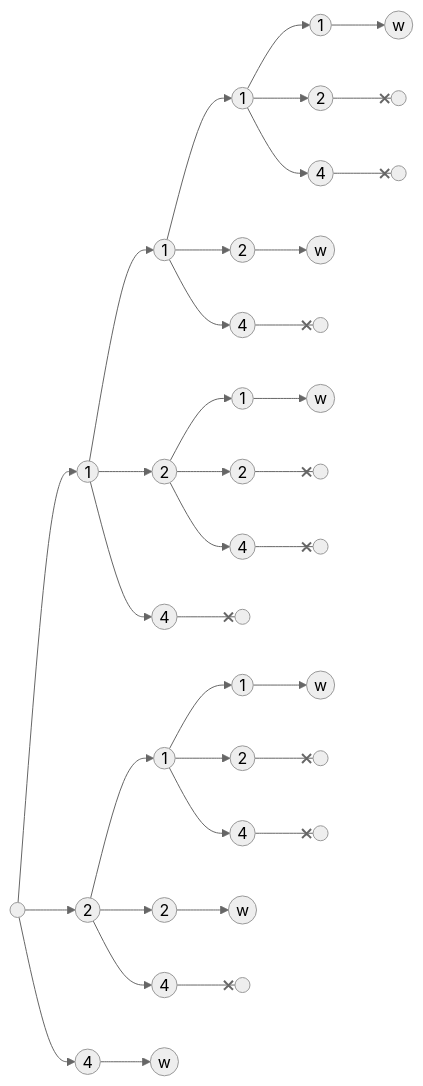
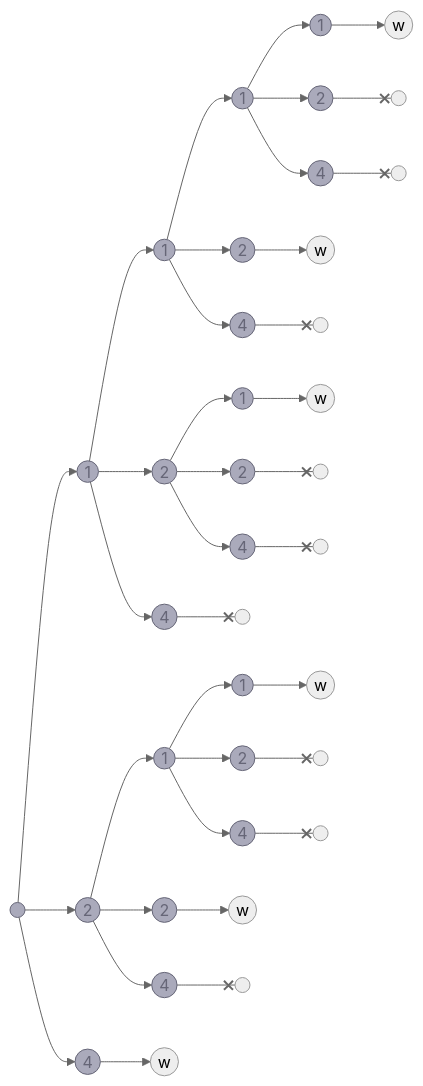
The fourth of 5 diagrams in README.md (innin-jam/bwinf25), drawn with Mermaid (neutral theme) before and after one commit. The commit also changed other lines of this file, not shown here.

````diff
--- a/README.md
+++ b/README.md
@@ -130,25 +135,27 @@
 ```mermaid
 flowchart LR
     a(( )) --> 1((1)) & 2((2)) & 4((4))
     1 --> 1.1((1)) & 1.2((2)) & 1.4((4))
     2 --> 2.1((1)) & 2.2((2)) & 2.4((4))
     4 --> 4.exit((w))
     1.1 --> 1.1.1((1)) & 1.1.2((2)) & 1.1.4((4))
     1.2 --> 1.2.1((1)) & 1.2.2((2)) & 1.2.4((4))
     1.4 --x 1.4.exit(( ))
     2.1 --> 2.1.1((1)) & 2.1.2((2)) & 2.1.4((4))
     2.2 --> 2.2.exit((w))
     2.4 --x 2.4.exit(( ))
     1.1.1 --> 1.1.1.1((1)) & 1.1.1.2((2)) & 1.1.1.4((4))
     1.1.2 --> 1.1.2.exit((w))
     1.1.4 --x 1.1.4.exit(( ))
     1.2.1 --> 1.2.1.exit((w))
     1.2.2 --x 1.2.2.exit(( ))
     1.2.4 --x 1.2.4.exit(( ))
     2.1.1 --> 2.1.1.exit((w))
     2.1.2 --x 2.1.2.exit(( ))
     2.1.4 --x 2.1.4.exit(( ))
     1.1.1.1 --> 1.1.1.1.exit((w))
     1.1.1.2 --x 1.1.1.2.exit(( ))
     1.1.1.4 --x 1.1.1.4.exit(( ))
+    classDef gray fill:#aab,stroke:#667,color:#667
+    class a,1,2,4,1.1,1.2,1.4,2.1,2.2,2.4,1.1.1,1.1.2,1.1.4,1.2.1,1.2.2,1.2.4,2.1.1,2.1.2,2.1.4,1.1.1.1,1.1.1.2,1.1.1.4 gray
 ```
````
